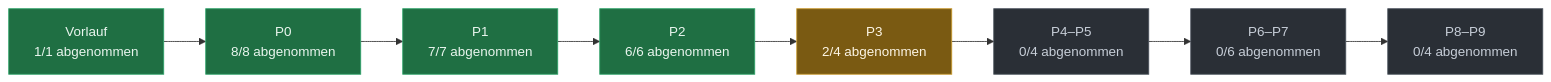
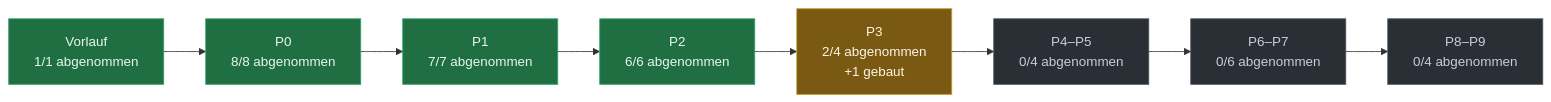
Before and after one commit to evenacadia-tech/Nakama: the diagram in docs/PLAN-STAND.md, drawn with Mermaid. The commit also changed other lines of this file and 48 other files, not shown here.

````diff
--- a/docs/PLAN-STAND.md
+++ b/docs/PLAN-STAND.md
@@ -35,21 +38,21 @@
 ```mermaid
 flowchart LR
   P0["Vorlauf<br/>1/1 abgenommen"]:::fertig
   P1["P0<br/>8/8 abgenommen"]:::fertig
   P0 --> P1
   P2["P1<br/>7/7 abgenommen"]:::fertig
   P1 --> P2
   P3["P2<br/>6/6 abgenommen"]:::fertig
   P2 --> P3
-  P4["P3<br/>2/4 abgenommen"]:::laeuft
+  P4["P3<br/>2/4 abgenommen<br/>+1 gebaut"]:::laeuft
   P3 --> P4
   P5["P4–P5<br/>0/4 abgenommen"]:::offen
   P4 --> P5
   P6["P6–P7<br/>0/6 abgenommen"]:::offen
   P5 --> P6
   P7["P8–P9<br/>0/4 abgenommen"]:::offen
   P6 --> P7
   classDef fertig fill:#1f6f43,stroke:#2ea36a,color:#eaf6ef
   classDef laeuft fill:#7a5a12,stroke:#c99a2e,color:#fdf6e6
   classDef offen  fill:#2a2f36,stroke:#4a525c,color:#c7ced8
 ```
````
